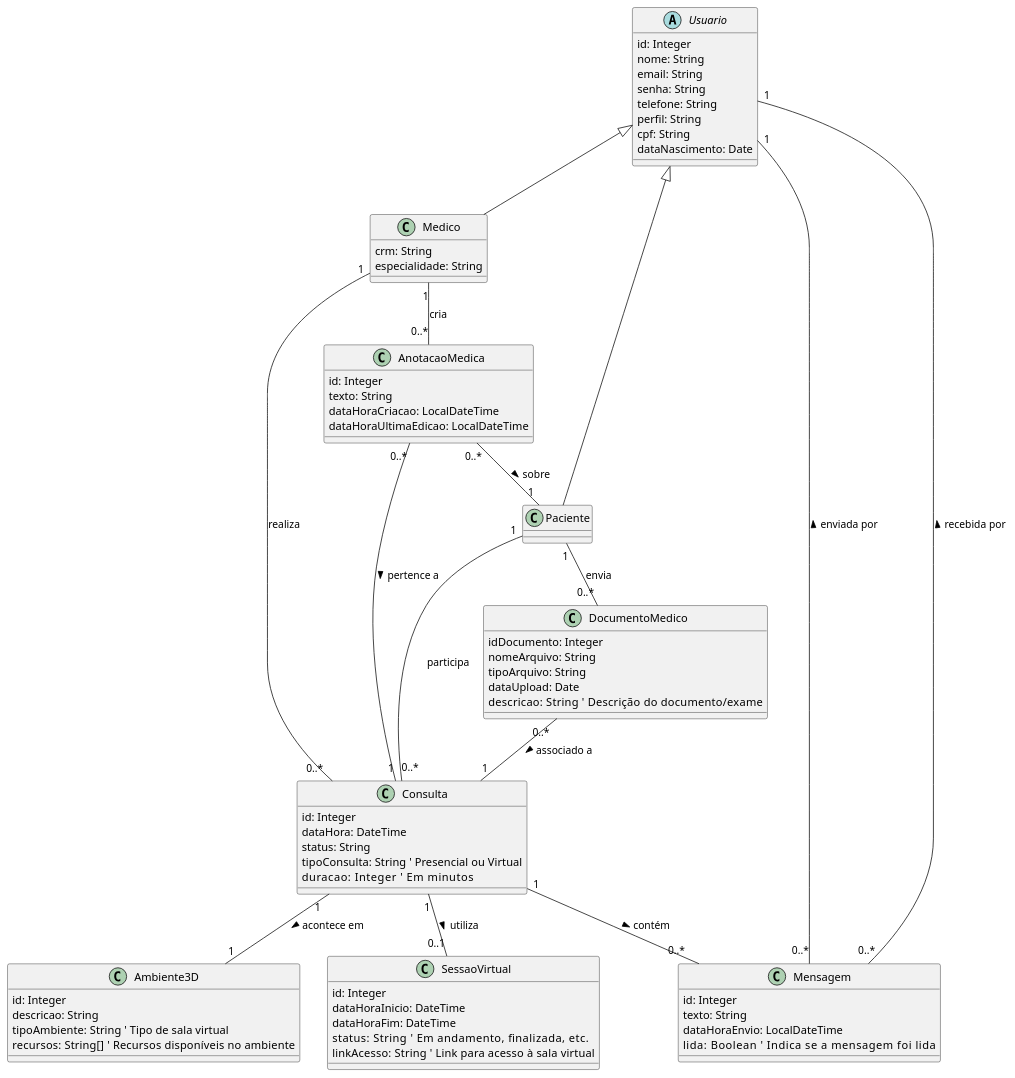
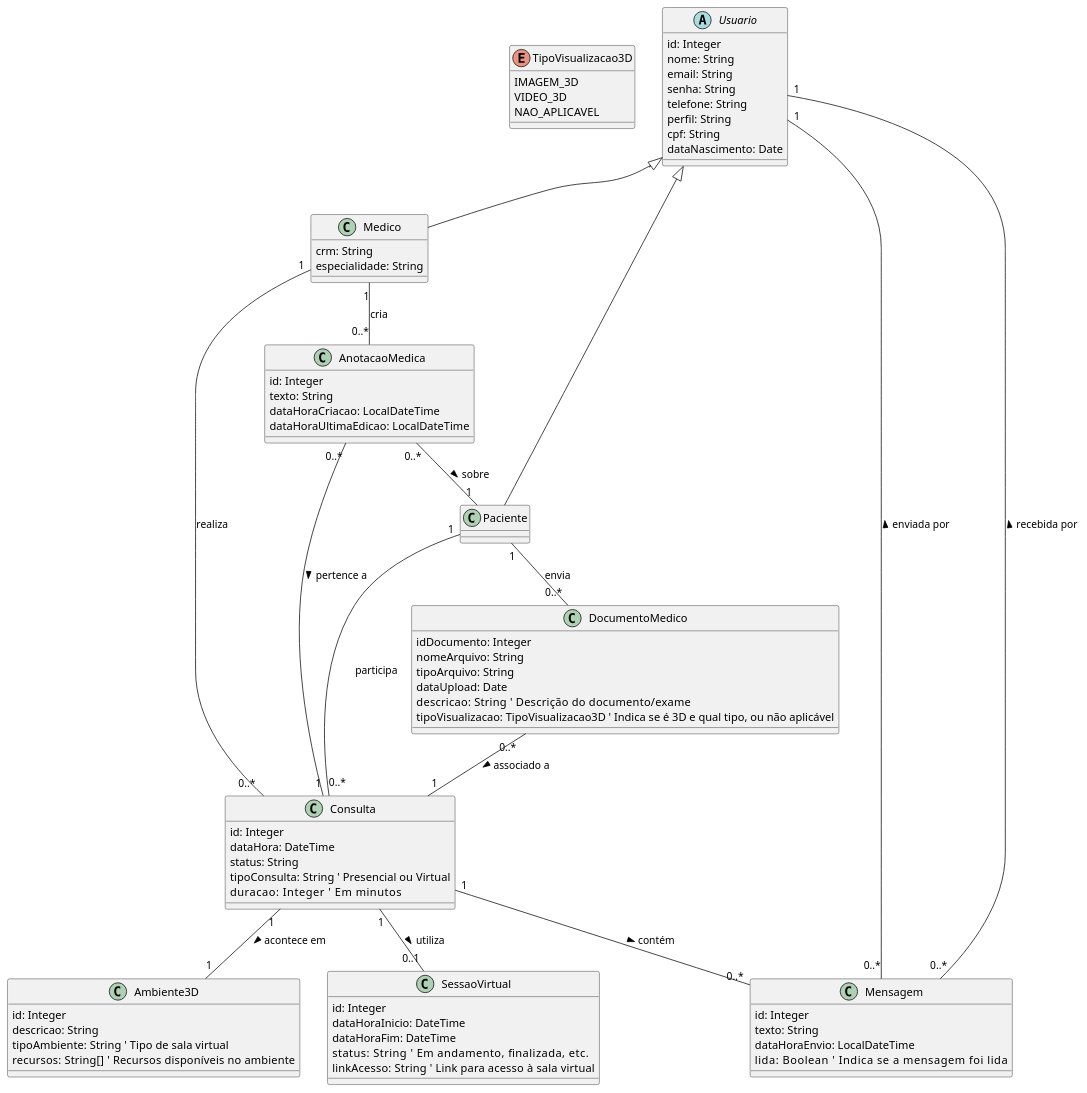
Before and after one commit to gilmarUFG/rs_es_20251_g1: the diagram in trabalho_grupo/modelos_uml/diagrama_classes.plantuml, drawn with PlantUML.

Commit message:
Add 'enum TipoVisualizacao3D'

```diff
--- a/trabalho_grupo/modelos_uml/diagrama_classes.plantuml
+++ b/trabalho_grupo/modelos_uml/diagrama_classes.plantuml
@@ -1,85 +1,93 @@
 @startuml
 ' Modelo de domínio combinado (classes de análise - atributos e associações)
+
+enum TipoVisualizacao3D {
+    IMAGEM_3D
+    VIDEO_3D
+    NAO_APLICAVEL
+}
+
 abstract class Usuario {
     id: Integer
     nome: String
     email: String
     senha: String
     telefone: String
     perfil: String
     cpf: String
     dataNascimento: Date 
 }
 
 class Medico {
     crm: String
     especialidade: String 
 }
 
 class Paciente { 
     ' Herda atributos de Usuario
 }
 
 class Consulta {
     id: Integer
     dataHora: DateTime
     status: String
     tipoConsulta: String  ' Presencial ou Virtual
     duracao: Integer      ' Em minutos
 }
 
 class DocumentoMedico {
     idDocumento: Integer
     nomeArquivo: String
     tipoArquivo: String
     dataUpload: Date
     descricao: String     ' Descrição do documento/exame
+    tipoVisualizacao: TipoVisualizacao3D ' Indica se é 3D e qual tipo, ou não aplicável
 }
 
 class Ambiente3D {
     id: Integer
     descricao: String
     tipoAmbiente: String  ' Tipo de sala virtual
     recursos: String[]    ' Recursos disponíveis no ambiente
 }
 
 class AnotacaoMedica {
     id: Integer
     texto: String
     dataHoraCriacao: LocalDateTime
     dataHoraUltimaEdicao: LocalDateTime
 }
 
 class Mensagem {
     id: Integer
     texto: String
     dataHoraEnvio: LocalDateTime
     lida: Boolean         ' Indica se a mensagem foi lida
 }
 
 class SessaoVirtual {
     id: Integer
     dataHoraInicio: DateTime
     dataHoraFim: DateTime
     status: String        ' Em andamento, finalizada, etc.
     linkAcesso: String    ' Link para acesso à sala virtual
 }
 
 ' Herança 
 Usuario <|-- Medico 
 Usuario <|-- Paciente
 
 ' Associações 
 Medico "1" -- "0..*" Consulta : realiza
 Paciente "1" -- "0..*" Consulta : participa
 Consulta "1" -- "1" Ambiente3D : acontece em >
 Consulta "1" -- "0..1" SessaoVirtual : utiliza >
 Paciente "1" -- "0..*" DocumentoMedico : envia
 DocumentoMedico "0..*" -- "1" Consulta : associado a >
 Medico "1" -- "0..*" AnotacaoMedica : cria
 AnotacaoMedica "0..*" -- "1" Consulta : pertence a >
 AnotacaoMedica "0..*" -- "1" Paciente : sobre >
 Mensagem "0..*" -- "1" Usuario : enviada por >
 Mensagem "0..*" -- "1" Usuario : recebida por >
 Consulta "1" -- "0..*" Mensagem : contém >
 @enduml
```
